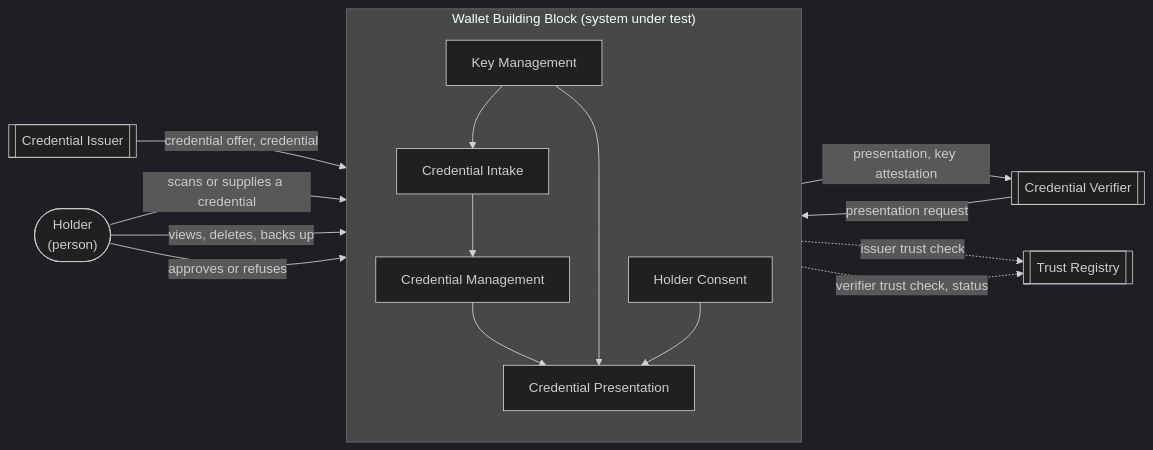
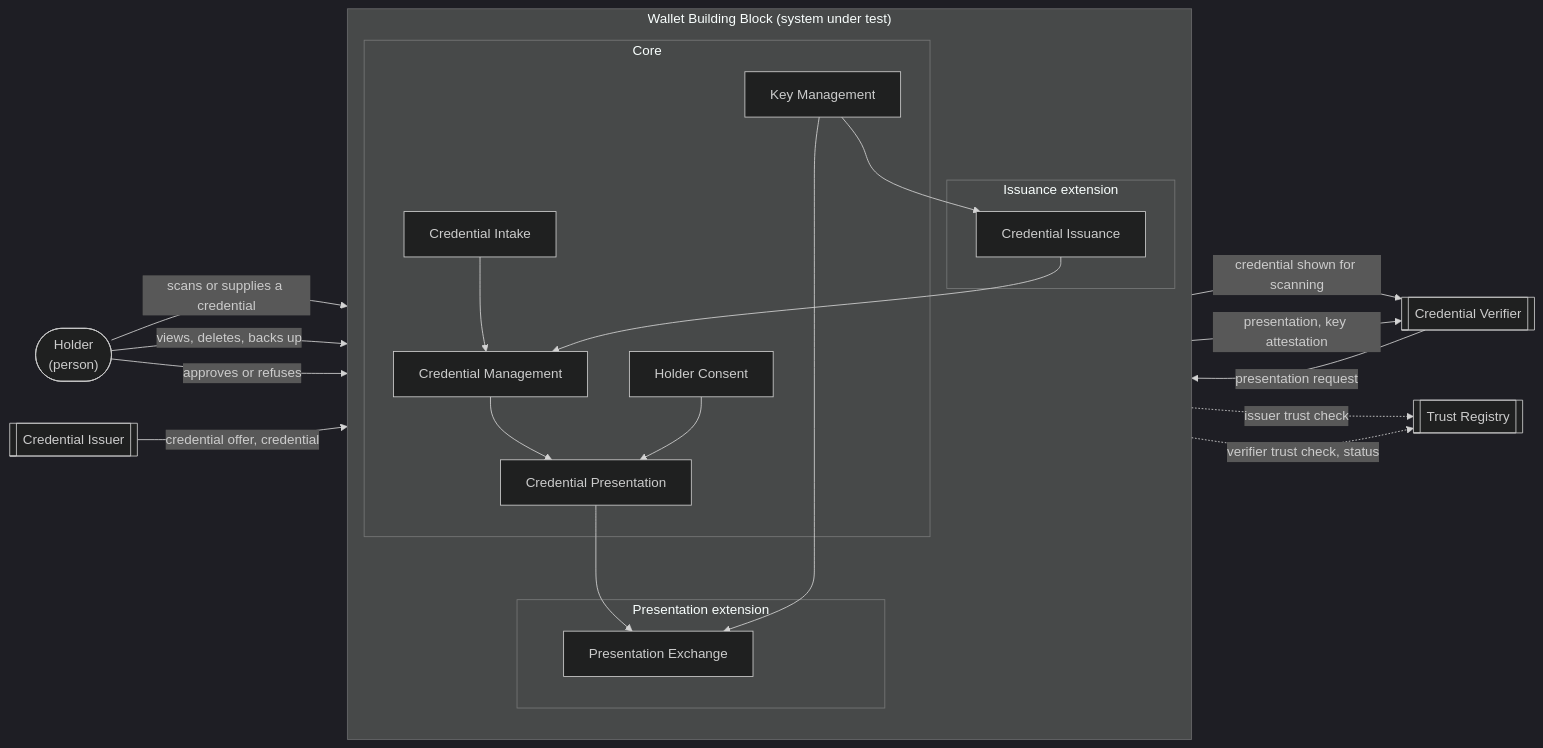
Before and after one commit to GovStackWorkingGroup/specification-framework: the second of 2 diagrams in resources/examples/wallet/introduction/overview.md, drawn with Mermaid (dark theme). The commit also changed other lines of this file and 9 other files, not shown here.

````diff
--- a/resources/examples/wallet/introduction/overview.md
+++ b/resources/examples/wallet/introduction/overview.md
@@ -78,30 +89,41 @@
 ```mermaid
 flowchart LR
   Person(["Holder<br/>(person)"])
   Issuer[["Credential Issuer"]]
   Verifier[["Credential Verifier"]]
   Registry[["Trust Registry"]]
 
   subgraph SUT["Wallet Building Block (system under test)"]
     direction TB
-    Intake["Credential Intake"]
-    Manage["Credential Management"]
-    Keys["Key Management"]
-    Consent["Holder Consent"]
-    Present["Credential Presentation"]
+    subgraph Core["Core"]
+      Intake["Credential Intake"]
+      Manage["Credential Management"]
+      Keys["Key Management"]
+      Consent["Holder Consent"]
+      Present["Credential Presentation"]
+    end
+    subgraph ExtI["Issuance extension"]
+      Issue["Credential Issuance"]
+    end
+    subgraph ExtP["Presentation extension"]
+      Exchange["Presentation Exchange"]
+    end
     Intake --> Manage
-    Keys --> Intake
+    Issue --> Manage
+    Keys --> Issue
     Manage --> Present
-    Keys --> Present
     Consent --> Present
+    Present --> Exchange
+    Keys --> Exchange
   end
 
-  Issuer -- "credential offer, credential" --> Intake
   Person -- "scans or supplies a credential" --> Intake
   Person -- "views, deletes, backs up" --> Manage
   Person -- "approves or refuses" --> Consent
-  Verifier -- "presentation request" --> Present
-  Present -- "presentation, key attestation" --> Verifier
-  Intake -. "issuer trust check" .-> Registry
-  Present -. "verifier trust check, status" .-> Registry
+  Present -- "credential shown for scanning" --> Verifier
+  Issuer -- "credential offer, credential" --> Issue
+  Verifier -- "presentation request" --> Exchange
+  Exchange -- "presentation, key attestation" --> Verifier
+  Issue -. "issuer trust check" .-> Registry
+  Exchange -. "verifier trust check, status" .-> Registry
 ```
````
